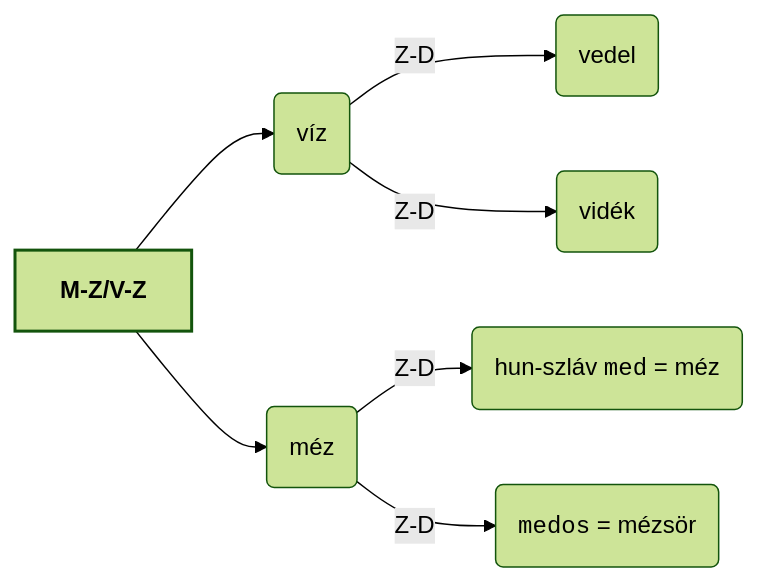
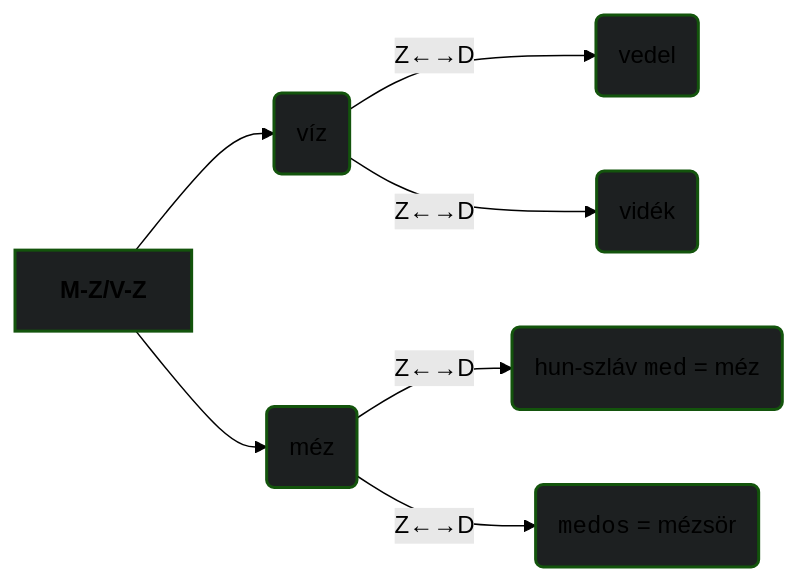
The third of 3 diagrams in src/site/notes/B/Balk.md (zanodor/TUDDASSTTARR), drawn with Mermaid (forest theme) before and after one commit. The commit also changed other lines of this file, not shown here.

````diff
--- a/src/site/notes/B/Balk.md
+++ b/src/site/notes/B/Balk.md
@@ -220,18 +73,19 @@
 ```mermaid
 flowchart LR
 
 	head[<b>M-Z/V-Z</b>]
 	lvl2_a("víz")
 	lvl2_b("méz")
 	lvl3_a("vedel")
 	lvl3_b("vidék")
 	lvl3_c("hun-szláv <code>med</code> = méz")
 	lvl3_d("<code>medos</code> = mézsör")
 
 	head --> lvl2_a & lvl2_b
-	lvl2_a -- "Z-D" -->  lvl3_a & lvl3_b
-	lvl2_b -- "Z-D" -->  lvl3_c & lvl3_d
+	lvl2_a -- "Z←→D" -->  lvl3_a & lvl3_b
+	lvl2_b -- "Z←→D" -->  lvl3_c & lvl3_d
 
-	style head stroke-width:2px,stroke-dasharray: 0
-	class lvl2_a,lvl2_b,lvl3_a,lvl3_b internal-link
+	classDef fillStyle fill:#1d2021,stroke-width:2px,stroke-dasharray: 0;
+	class head,lvl2_a,lvl2_b,lvl3_a,lvl3_b,lvl3_c,lvl3_d fillStyle;
+	class lvl2_a,lvl2_b,lvl3_a,lvl3_b internal-link;
 ```
````
